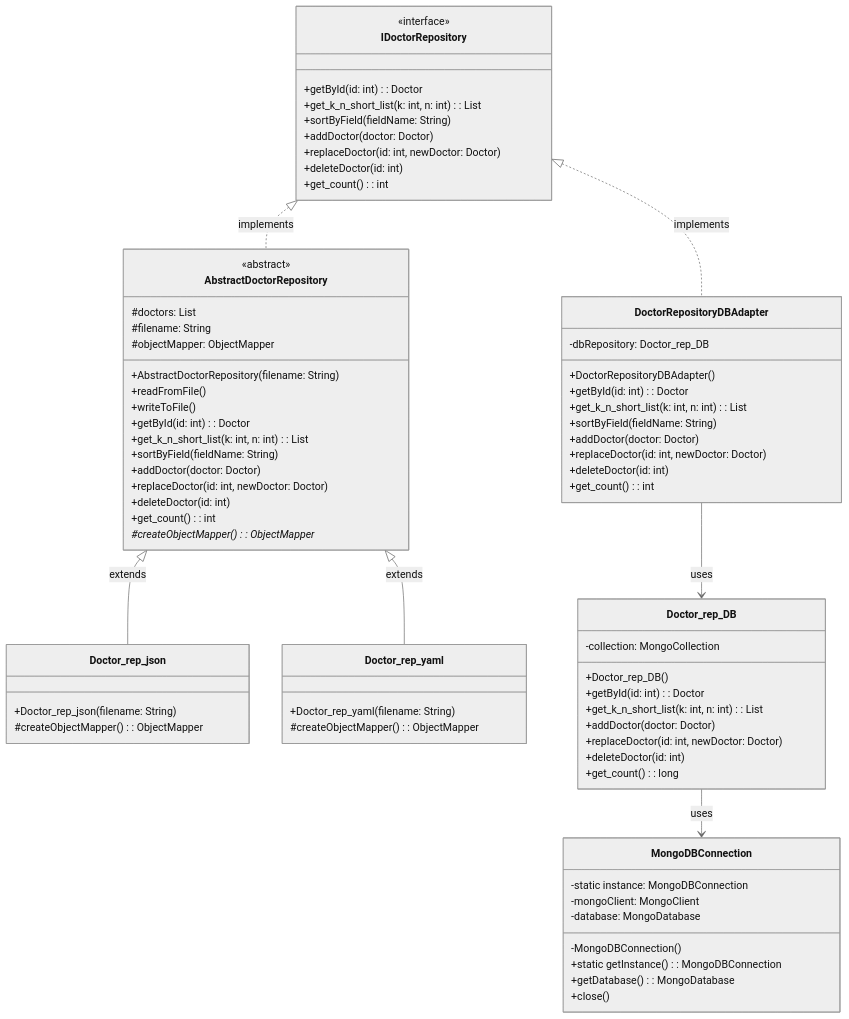
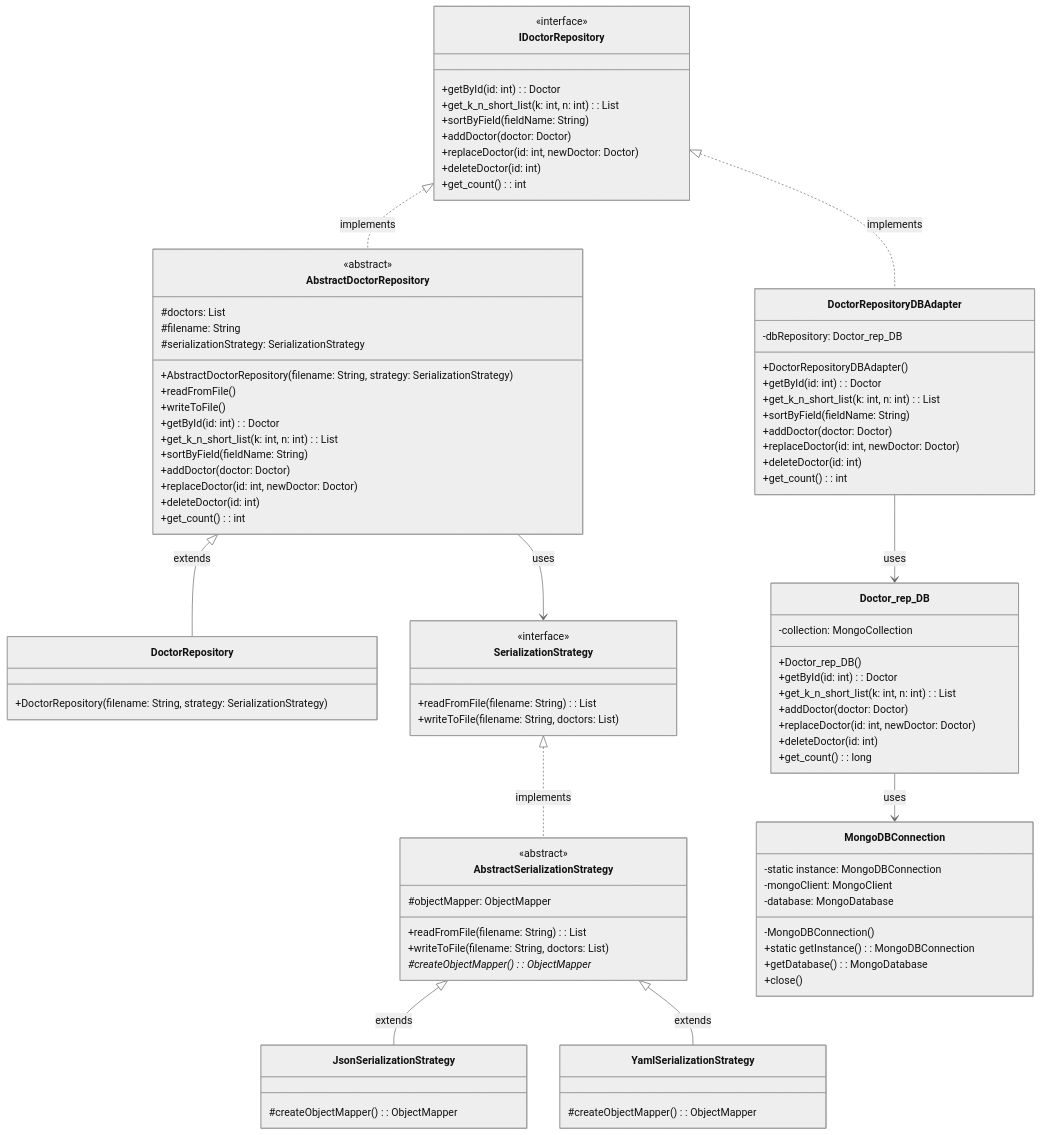
The third of 3 diagrams in README.md (0xEodum/OOP), drawn with Mermaid (neutral theme) before and after one commit. The commit also changed 6 other files, not shown here.

```diff
--- a/README.md
+++ b/README.md
@@ -132,8 +132,8 @@
         <<abstract>>
         #doctors: List<Doctor>
         #filename: String
-        #objectMapper: ObjectMapper
-        +AbstractDoctorRepository(filename: String)
+        #serializationStrategy: SerializationStrategy
+        +AbstractDoctorRepository(filename: String, strategy: SerializationStrategy)
         +readFromFile()
         +writeToFile()
         +getById(id: int): Doctor
@@ -143,16 +143,31 @@
         +replaceDoctor(id: int, newDoctor: Doctor)
         +deleteDoctor(id: int)
         +get_count(): int
+    }
+
+    class DoctorRepository {
+        +DoctorRepository(filename: String, strategy: SerializationStrategy)
+    }
+
+    class SerializationStrategy {
+        <<interface>>
+        +readFromFile(filename: String): List<Doctor>
+        +writeToFile(filename: String, doctors: List<Doctor>)
+    }
+
+    class AbstractSerializationStrategy {
+        <<abstract>>
+        #objectMapper: ObjectMapper
+        +readFromFile(filename: String): List<Doctor>
+        +writeToFile(filename: String, doctors: List<Doctor>)
         #createObjectMapper()*: ObjectMapper
     }
 
-    class Doctor_rep_json {
-        +Doctor_rep_json(filename: String)
+    class JsonSerializationStrategy {
         #createObjectMapper(): ObjectMapper
     }
 
-    class Doctor_rep_yaml {
-        +Doctor_rep_yaml(filename: String)
+    class YamlSerializationStrategy {
         #createObjectMapper(): ObjectMapper
     }
 
@@ -190,8 +205,11 @@
     }
 
     IDoctorRepository <|.. AbstractDoctorRepository : implements
-    AbstractDoctorRepository <|-- Doctor_rep_json : extends
-    AbstractDoctorRepository <|-- Doctor_rep_yaml : extends
+    AbstractDoctorRepository <|-- DoctorRepository : extends
+    AbstractDoctorRepository --> SerializationStrategy : uses
+    SerializationStrategy <|.. AbstractSerializationStrategy : implements
+    AbstractSerializationStrategy <|-- JsonSerializationStrategy : extends
+    AbstractSerializationStrategy <|-- YamlSerializationStrategy : extends
     IDoctorRepository <|.. DoctorRepositoryDBAdapter : implements
     DoctorRepositoryDBAdapter --> Doctor_rep_DB : uses
     Doctor_rep_DB --> MongoDBConnection : uses
```
